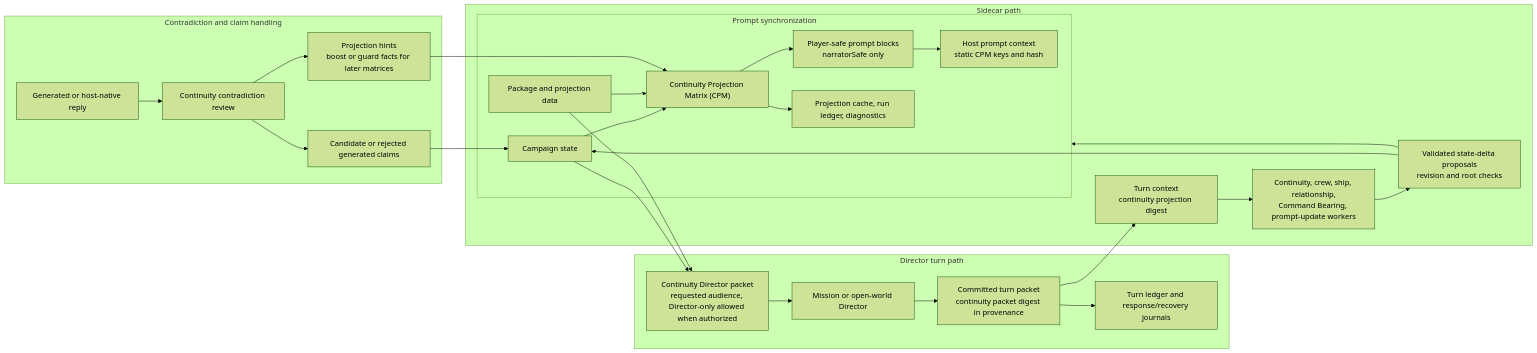
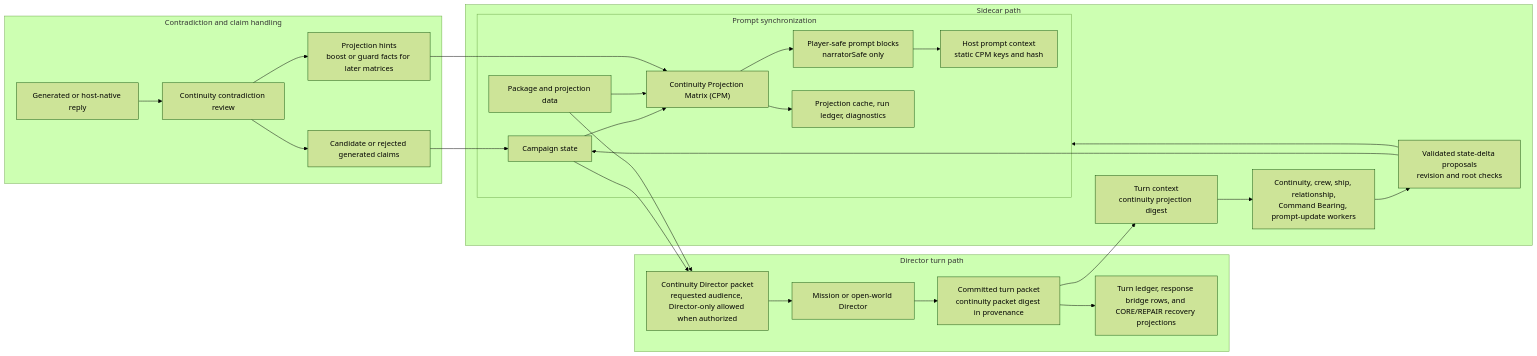
Before and after one commit to MentallyQuill/Directive: the third of 3 diagrams in docs/technical/CONTINUITY_PROJECTION_MATRIX.md, drawn with Mermaid (forest theme). The commit also changed 60 other files, not shown here.

Commit message:
Refactor extension runtime and data flow

````diff
--- a/docs/technical/CONTINUITY_PROJECTION_MATRIX.md
+++ b/docs/technical/CONTINUITY_PROJECTION_MATRIX.md
@@ -191,34 +191,34 @@
 ```mermaid
 flowchart LR
   subgraph PromptSync["Prompt synchronization"]
     CampaignState["Campaign state"] --> CPM["Continuity Projection Matrix (CPM)"]
     PackageData["Package and projection data"] --> CPM
     CPM --> PlayerPrompt["Player-safe prompt blocks\nnarratorSafe only"]
     PlayerPrompt --> HostPrompt["Host prompt context\nstatic CPM keys and hash"]
     CPM --> ProjectionAudit["Projection cache, run ledger, diagnostics"]
   end
 
   subgraph DirectorTurn["Director turn path"]
     CampaignState --> DirectorPacket["Continuity Director packet\nrequested audience, Director-only allowed when authorized"]
     PackageData --> DirectorPacket
     DirectorPacket --> MissionDirector["Mission or open-world Director"]
     MissionDirector --> TurnPacket["Committed turn packet\ncontinuity packet digest in provenance"]
-    TurnPacket --> TurnLedger["Turn ledger and response/recovery journals"]
+    TurnPacket --> TurnLedger["Turn ledger, response bridge rows, and CORE/REPAIR recovery projections"]
   end
 
   subgraph SidecarWork["Sidecar path"]
     TurnPacket --> SidecarContext["Turn context\ncontinuity projection digest"]
     SidecarContext --> Sidecars["Continuity, crew, ship, relationship,\nCommand Bearing, prompt-update workers"]
     Sidecars --> Proposal["Validated state-delta proposals\nrevision and root checks"]
     Proposal --> CampaignState
     Proposal --> PromptSync
   end
 
   subgraph GuardRail["Contradiction and claim handling"]
     HostReply["Generated or host-native reply"] --> Review["Continuity contradiction review"]
     Review --> Quarantine["Candidate or rejected generated claims"]
     Review --> Hints["Projection hints\nboost or guard facts for later matrices"]
     Hints --> CPM
     Quarantine --> CampaignState
   end
 ```
````
